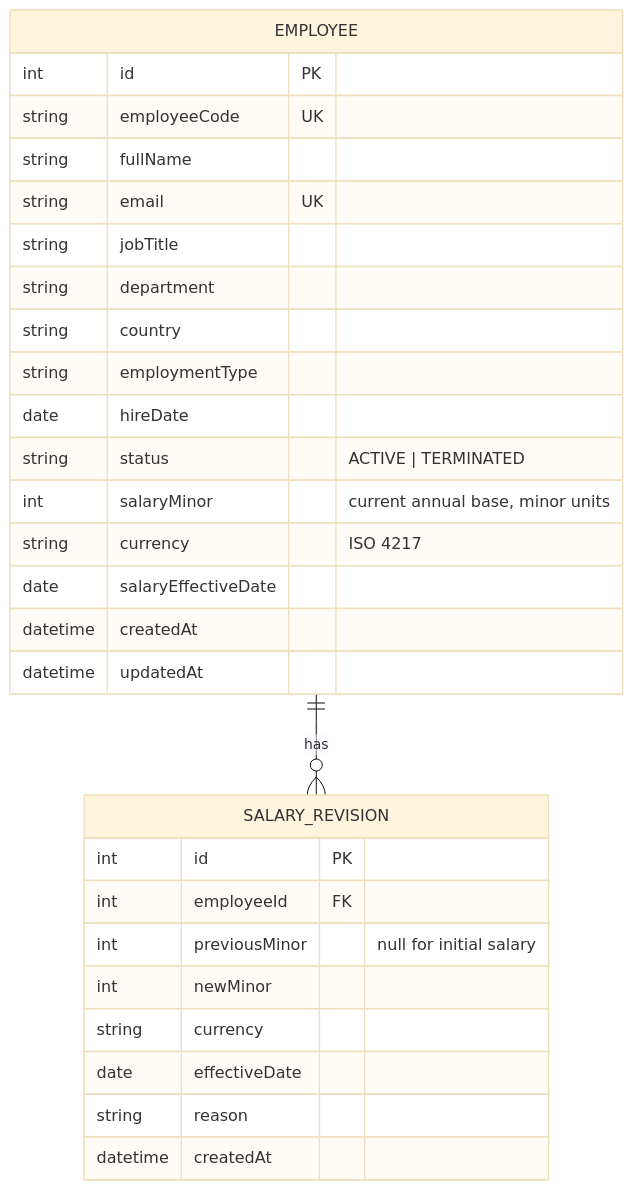
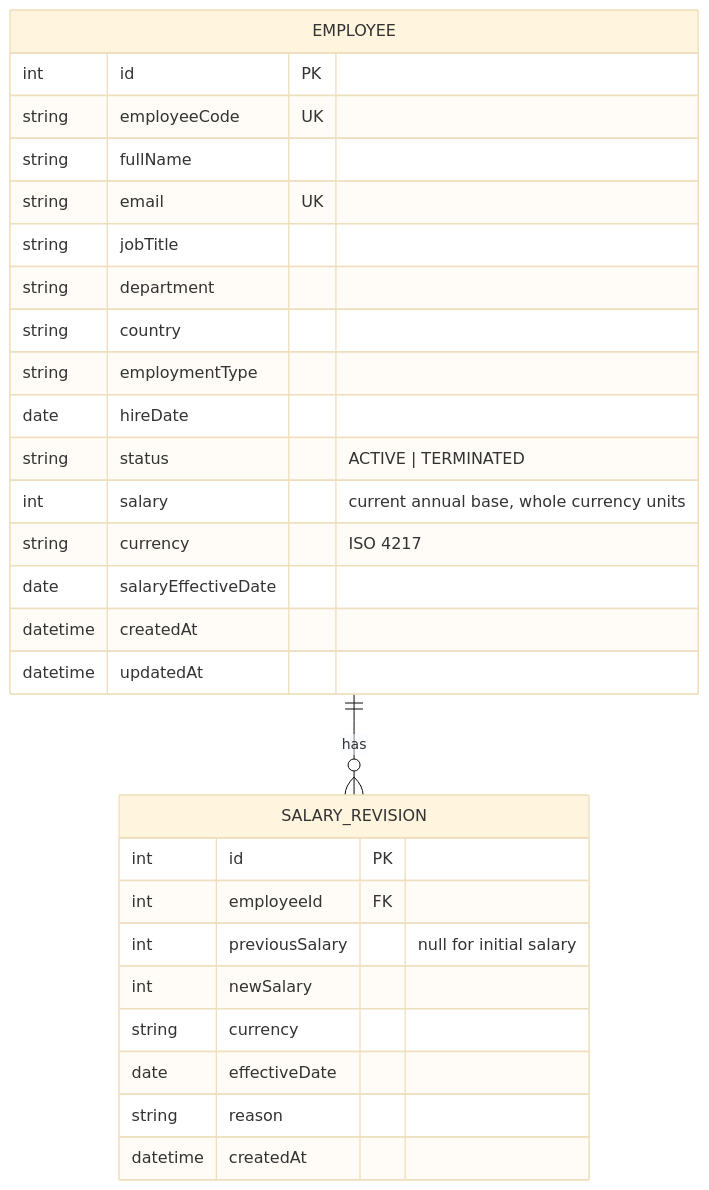
The second of 2 diagrams in docs/architecture.md (nehakatekar/incubyte-salary-management), drawn with Mermaid (base theme) before and after one commit. The commit also changed other lines of this file and 16 other files, not shown here.

First line of the commit message:
feat(db): add Prisma schema and seed 10,000 employees

````diff
--- a/docs/architecture.md
+++ b/docs/architecture.md
@@ -47,31 +47,31 @@
 ```mermaid
 erDiagram
   EMPLOYEE ||--o{ SALARY_REVISION : has
   EMPLOYEE {
     int id PK
     string employeeCode UK
     string fullName
     string email UK
     string jobTitle
     string department
     string country
     string employmentType
     date hireDate
     string status "ACTIVE | TERMINATED"
-    int salaryMinor "current annual base, minor units"
+    int salary "current annual base, whole currency units"
     string currency "ISO 4217"
     date salaryEffectiveDate
     datetime createdAt
     datetime updatedAt
   }
   SALARY_REVISION {
     int id PK
     int employeeId FK
-    int previousMinor "null for initial salary"
-    int newMinor
+    int previousSalary "null for initial salary"
+    int newSalary
     string currency
     date effectiveDate
     string reason
     datetime createdAt
   }
 ```
````
